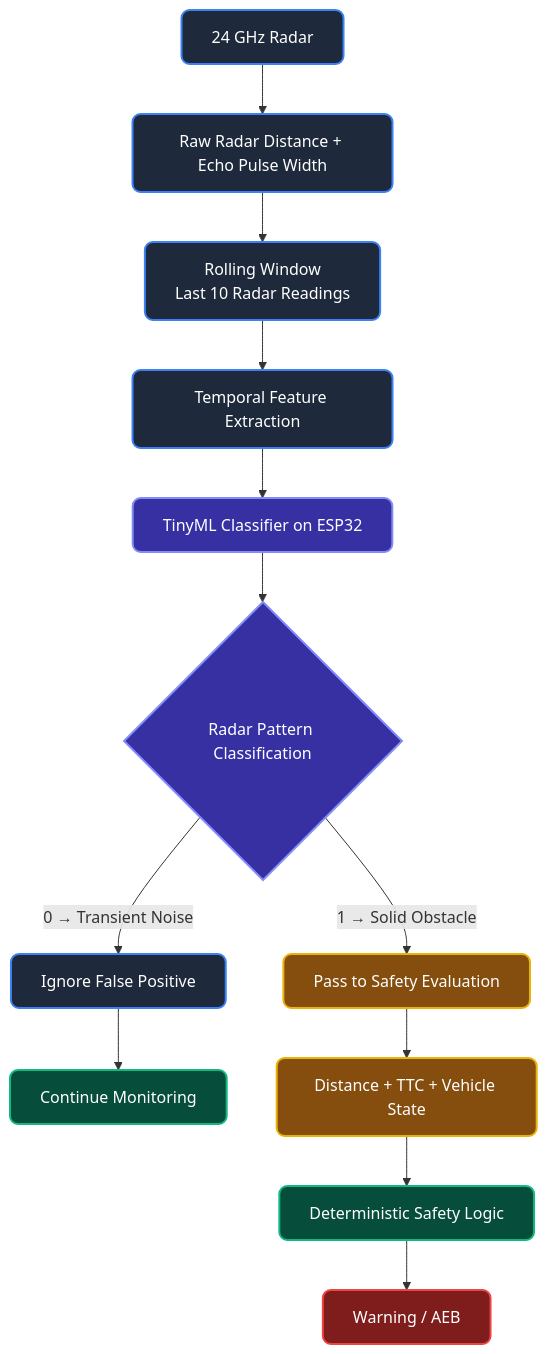
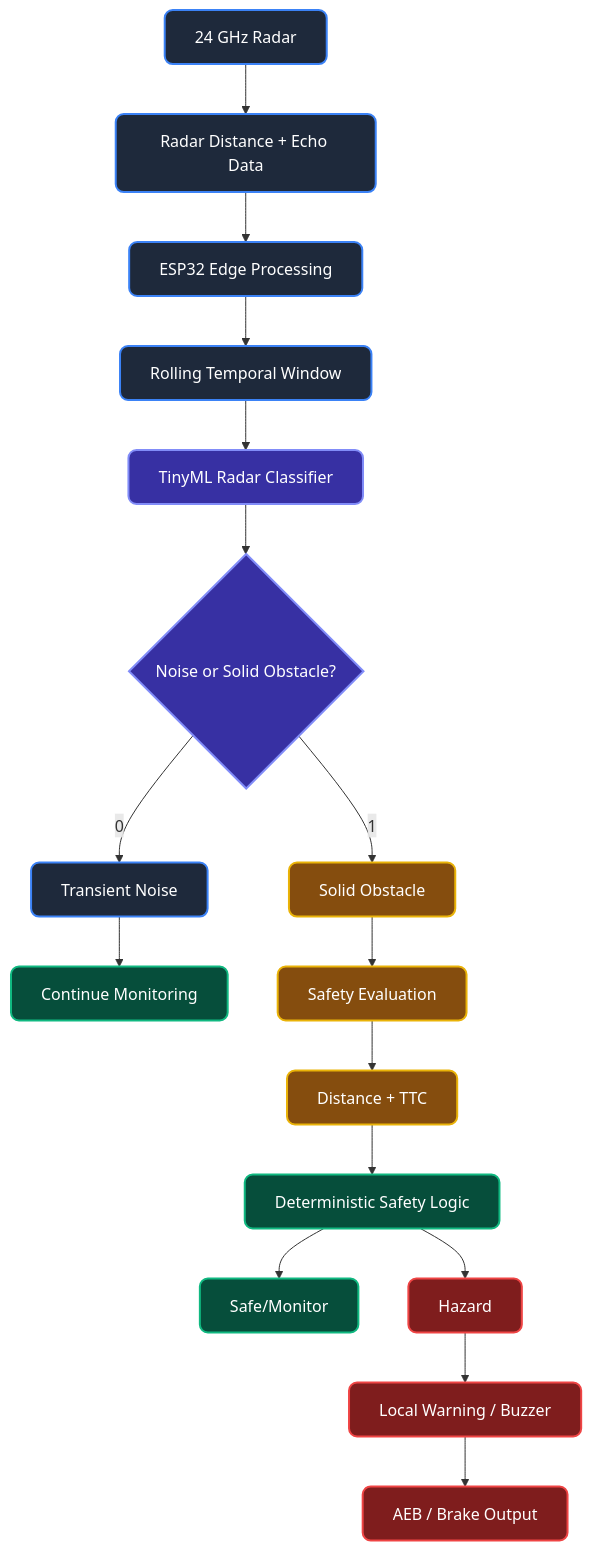
The diagram in AI_ML Integration/README.md (manasir747/Brainworks), drawn with Mermaid before and after one commit. The commit also changed other lines of this file, not shown here.

Commit message:
docs: streamline Brainworks Edge AI documentation and simplify architecture diagrams

````diff
--- a/AI_ML Integration/README.md
+++ b/AI_ML Integration/README.md
@@ -90,22 +7,30 @@
 ```mermaid
 flowchart TD
     classDef normal fill:#1e293b,stroke:#3b82f6,stroke-width:2px,color:#fff,rx:8px,ry:8px;
     classDef warning fill:#854d0e,stroke:#eab308,stroke-width:2px,color:#fff,rx:8px,ry:8px;
     classDef danger fill:#7f1d1d,stroke:#ef4444,stroke-width:2px,color:#fff,rx:8px,ry:8px;
     classDef ai fill:#3730a3,stroke:#818cf8,stroke-width:2px,color:#fff,rx:8px,ry:8px;
     classDef logic fill:#064e3b,stroke:#10b981,stroke-width:2px,color:#fff,rx:8px,ry:8px;
 
-    R[24 GHz Radar]:::normal --> RAW[Raw Radar Distance + Echo Pulse Width]:::normal
-    RAW --> RW[Rolling Window\nLast 10 Radar Readings]:::normal
-    RW --> FE[Temporal Feature Extraction]:::normal
-    FE --> TINYML[TinyML Classifier on ESP32]:::ai
+    R[24 GHz Radar]:::normal --> DATA[Radar Distance + Echo Data]:::normal
+    DATA --> ESP32[ESP32 Edge Processing]:::normal
+    ESP32 --> RW[Rolling Temporal Window]:::normal
+    RW --> TML[TinyML Radar Classifier]:::ai
     
-    TINYML --> CLASS{"Radar Pattern Classification"}:::ai
-    CLASS -->|0 → Transient Noise| IGNORE[Ignore False Positive]:::normal
-    IGNORE --> CM1[Continue Monitoring]:::logic
+    TML --> CLASS{"Noise or Solid Obstacle?"}:::ai
     
-    CLASS -->|1 → Solid Obstacle| PASS[Pass to Safety Evaluation]:::warning
-    PASS --> STATE[Distance + TTC + Vehicle State]:::warning
-    STATE --> DET[Deterministic Safety Logic]:::logic
-    DET --> AEB[Warning / AEB]:::danger
+    CLASS -->|0| NOISE[Transient Noise]:::normal
+    CLASS -->|1| SOLID[Solid Obstacle]:::warning
+    
+    NOISE --> CM[Continue Monitoring]:::logic
+    
+    SOLID --> EVAL[Safety Evaluation]:::warning
+    EVAL --> TTC[Distance + TTC]:::warning
+    TTC --> DET[Deterministic Safety Logic]:::logic
+    
+    DET --> SAFE[Safe/Monitor]:::logic
+    DET --> HAZ[Hazard]:::danger
+    
+    HAZ --> WARN[Local Warning / Buzzer]:::danger
+    WARN --> AEB[AEB / Brake Output]:::danger
 ```
````
